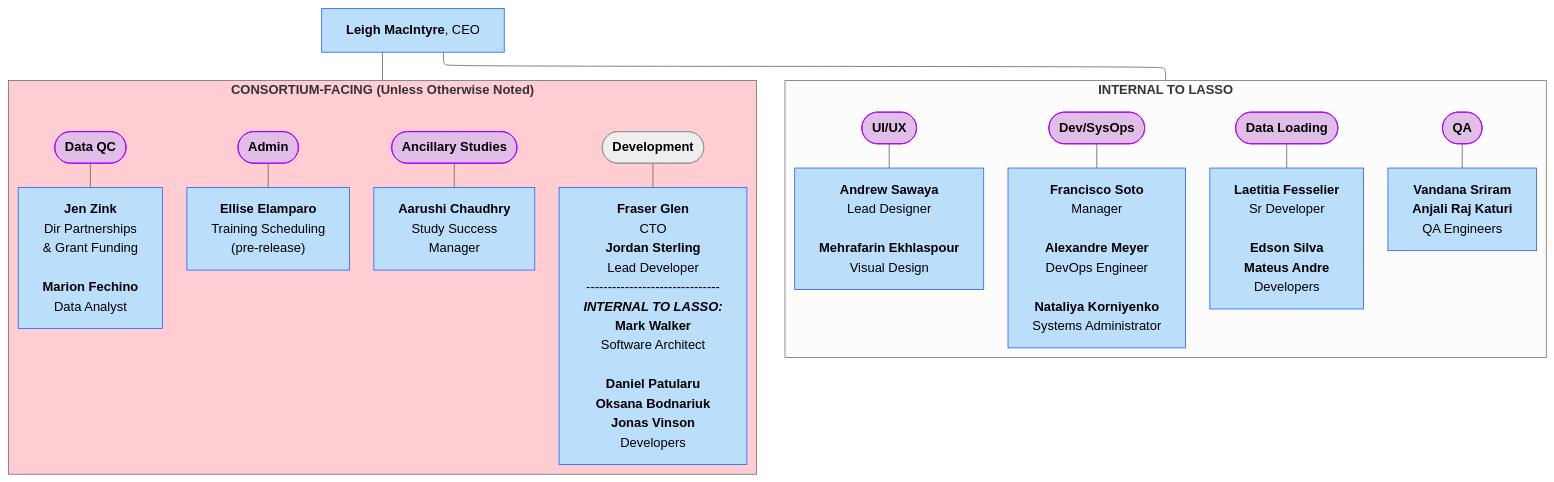
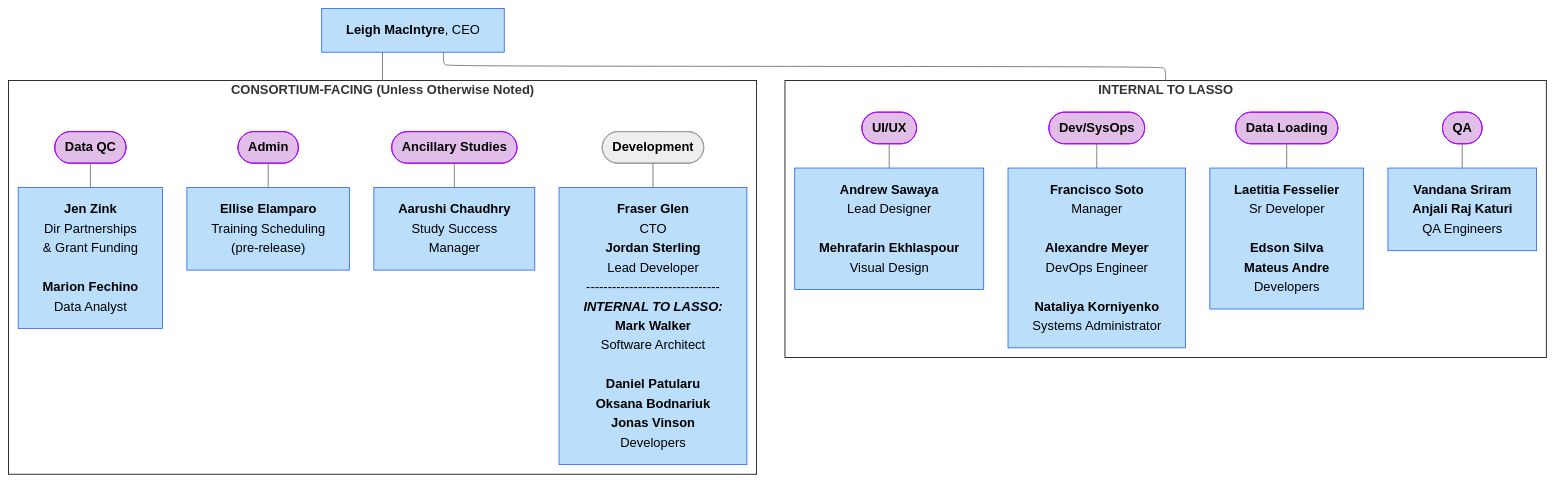
The first of 17 diagrams in docs/orgcharts_alt.md (DCAN-Labs/hbcd-docs-internal), drawn with Mermaid (neutral theme) before and after one commit. The commit also changed other lines of this file, not shown here.

````diff
--- a/docs/orgcharts_alt.md
+++ b/docs/orgcharts_alt.md
@@ -3,61 +3,61 @@
 ```mermaid
 ---
 config:
   layout: elk
 ---
 flowchart TB
  subgraph s1["<b>INTERNAL TO LASSO</b>"]
         n23(["<b>Dev/SysOps</b>"])
         n24["<b>Francisco Soto</b><br>Manager<br>
     <b>Alexandre Meyer</b><br>DevOps Engineer<br><br><b>Nataliya Korniyenko<br></b>Systems Administrator"]
         n4(["<b>Data Loading</b>"])
         n9["<b>Laetitia Fesselier</b><br>Sr Developer<br>
     <b>Edson Silva</b><br><b>Mateus Andre</b><br>Developers"]
         n29(["<b>UI/UX</b>"])
         n30["<b>Andrew Sawaya</b><br>Lead Designer<br>
     <b>Mehrafarin Ekhlaspour</b><br>Visual Design"]
         n27(["<b>QA</b>"])
         n28["<b>Vandana Sriram</b><br><b>Anjali Raj Katuri<br></b>QA Engineers"]
   end
  subgraph s2["<b>CONSORTIUM-FACING (Unless Otherwise Noted)</b>"]
         B(["<b>Admin</b>"])
         n5["<b>Ellise Elamparo</b><br>Training Scheduling<br>(pre-release)"]
         n1(["<b>Ancillary Studies</b>"])
         n6["<b>Aarushi Chaudhry<br></b>Study Success<br>Manager"]
         n2(["<b>Data QC</b>"])
         n7["<b>Jen Zink<br></b>Dir Partnerships<br>&amp; Grant Funding<br><br><b>Marion Fechino</b><br>Data Analyst"]
         n22(["<b>Development</b>"])
         n26["<b>Fraser Glen<br></b>CTO<br><b>Jordan Sterling<br></b>Lead Developer
     -------------------------------
     <b><i>INTERNAL TO LASSO:</i>
     Mark Walker</b><br>Software Architect<br>
     <b>Daniel Patularu</b><br><b>Oksana Bodnariuk<br>Jonas Vinson<br></b>Developers"]
   end
     B --- n5
     n1 --- n6
     n2 --- n7
     n4 --- n9
     n23 --- n24
     n22 --- n26
     n27 --- n28
     n29 --- n30
     A["<b>Leigh MacIntyre</b>, CEO"] --- s2 & s1
     style n23 fill:#E1BEE7,stroke:#AA00FF
     style n24 fill:#BBDEFB,stroke:#2962FF
     style n4 fill:#E1BEE7,stroke:#AA00FF
     style n9 fill:#BBDEFB,stroke:#2962FF
     style n29 fill:#E1BEE7,stroke:#AA00FF
     style n30 fill:#BBDEFB,stroke:#2962FF
     style n27 fill:#E1BEE7,stroke:#AA00FF
     style n28 fill:#BBDEFB,stroke:#2962FF
     style B fill:#E1BEE7,stroke:#AA00FF
     style n5 fill:#BBDEFB,stroke:#2962FF
     style n1 fill:#E1BEE7,stroke:#AA00FF
     style n6 fill:#BBDEFB,stroke:#2962FF
     style n2 fill:#E1BEE7,stroke:#AA00FF
     style n7 fill:#BBDEFB,stroke:#2962FF
     style n26 fill:#BBDEFB,stroke:#2962FF
     style A fill:#BBDEFB,stroke:#2962FF
-    style s2 fill:#FFCDD2
-    style s1 stroke:#757575
+    style s2 fill:#FFFFFF,stroke:#000000
+    style s1 fill:#FFFFFF,stroke:#000000
 ```
````
